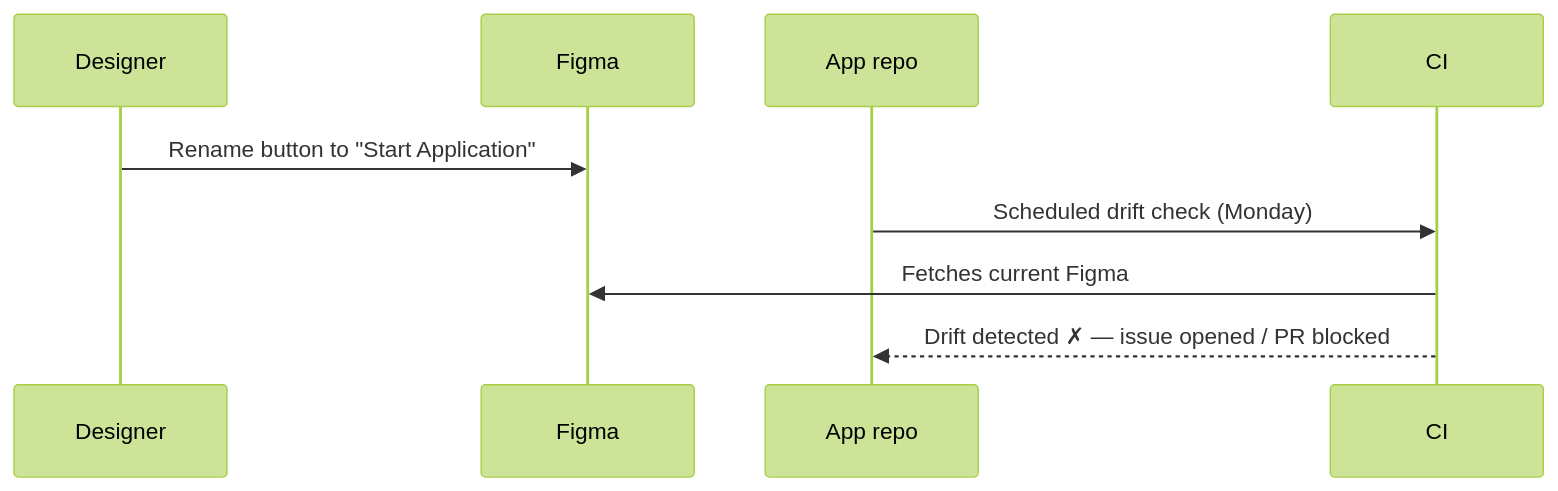
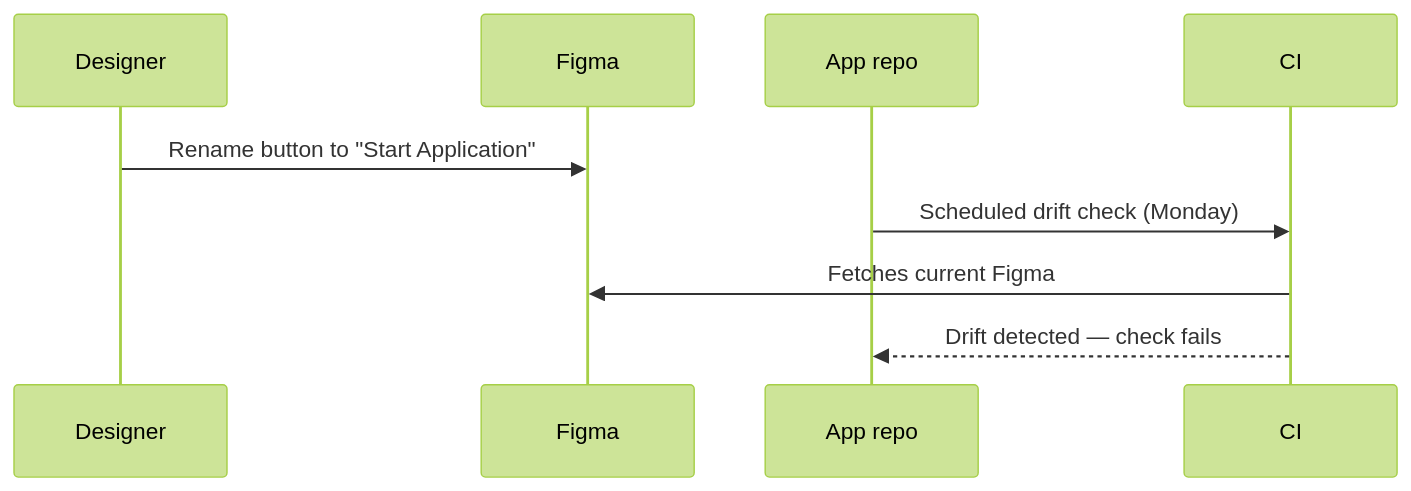
The second of 2 diagrams in docs/ci.md (arcbaslow/figma-taxonomy-gen), drawn with Mermaid (forest theme) before and after one commit. The commit also changed other lines of this file and 7 other files, not shown here.

````diff
--- a/docs/ci.md
+++ b/docs/ci.md
@@ -64,12 +64,12 @@
 ```mermaid
 sequenceDiagram
     participant D as Designer
     participant F as Figma
     participant R as App repo
     participant C as CI
 
     D->>F: Rename button to "Start Application"
     R->>C: Scheduled drift check (Monday)
     C->>F: Fetches current Figma
-    C-->>R: Drift detected ✗ — issue opened / PR blocked
+    C-->>R: Drift detected — check fails
 ```
````
